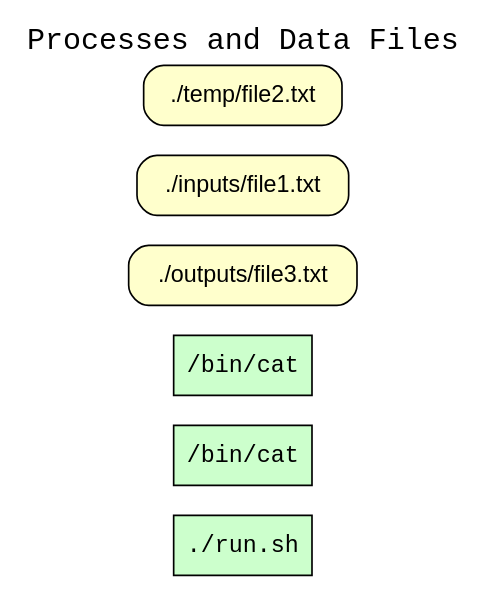
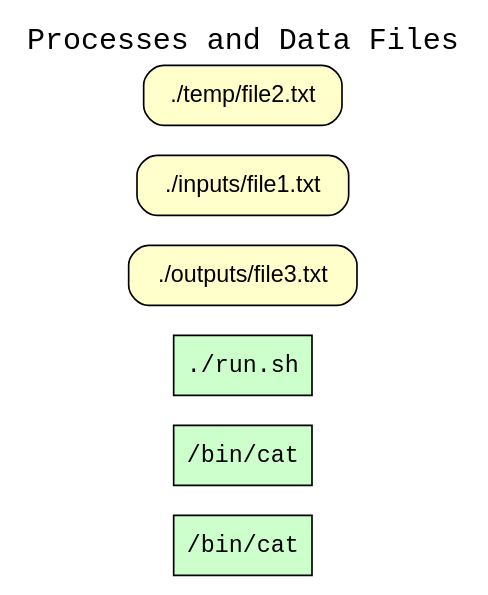
Before and after one commit to CIRSS/cpr: the diagram in examples/07-two-step-pipeline/graphs/wt_processes_and_data_files.dot, drawn with Graphviz. The commit also changed other lines of this file and 26 other files, not shown here.

```diff
--- a/examples/07-two-step-pipeline/graphs/wt_processes_and_data_files.dot
+++ b/examples/07-two-step-pipeline/graphs/wt_processes_and_data_files.dot
@@ -1,14 +1,14 @@
 
 digraph wt_run {
 rankdir=LR
 fontname=Courier; fontsize=18; labelloc=t
 label="Processes and Data Files"
 node[shape=box style="filled" fillcolor="#CCFFCC" peripheries=1 fontname=Courier]
+"exe:e3" [label="/bin/cat"]
+"exe:e2" [label="/bin/cat"]
 "exe:e1" [label="./run.sh"]
-"exe:e2" [label="/bin/cat"]
-"exe:e3" [label="/bin/cat"]
 node[shape=box style="rounded,filled" fillcolor="#FFFFCC" peripheries=1 fontname=Helvetica]
 "access:i20" [label="./outputs/file3.txt"]
 "access:i19" [label="./inputs/file1.txt"]
 "access:i11" [label="./temp/file2.txt"]
 }
```
